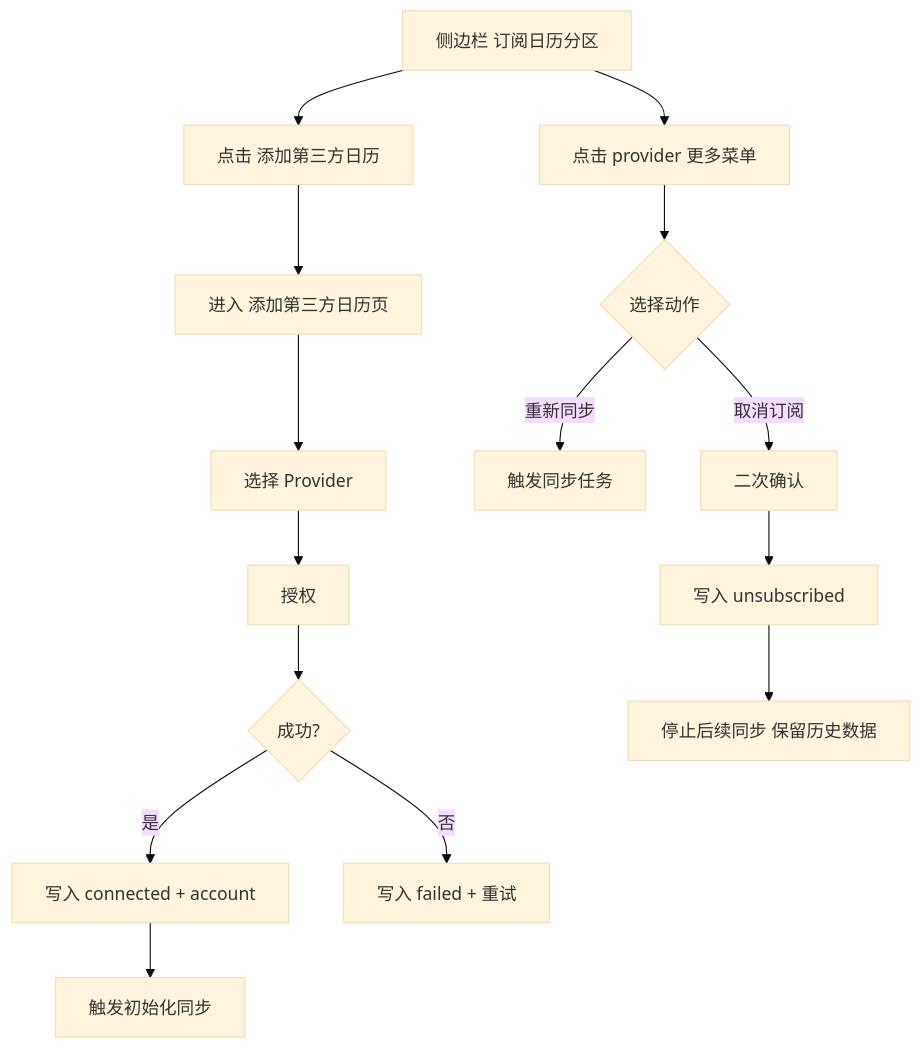
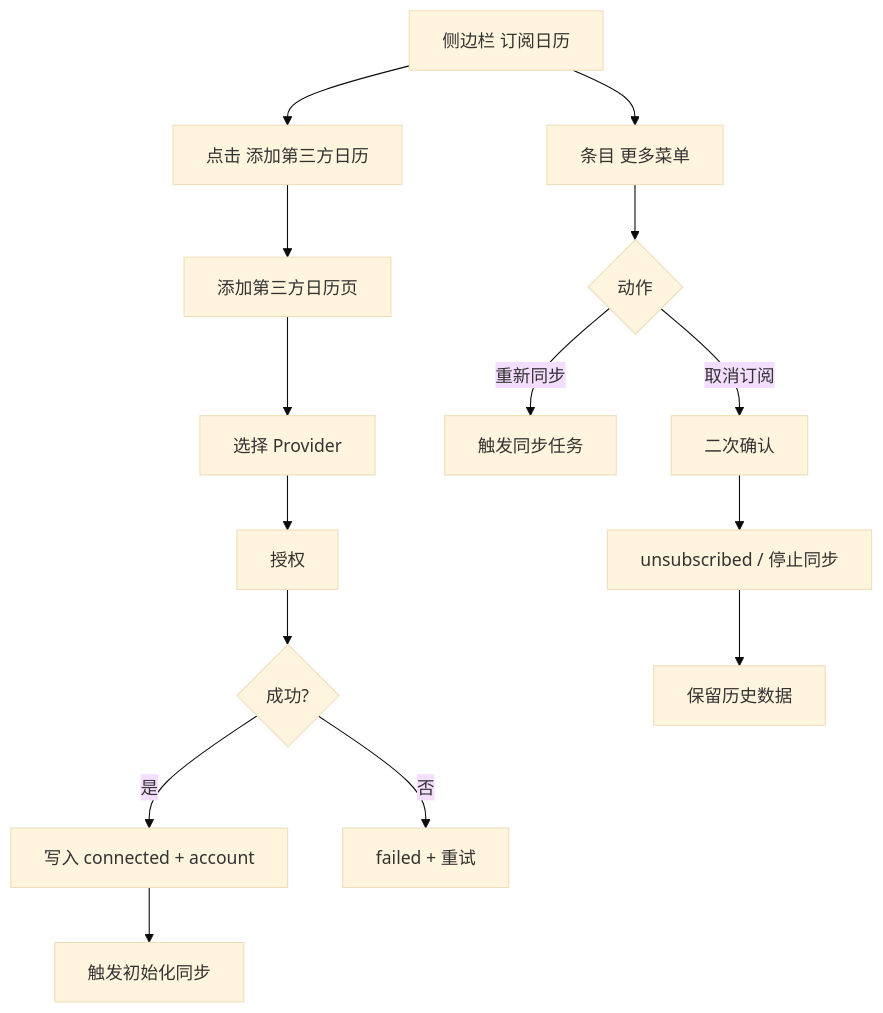
Before and after one commit to IgniteTheSpark/bizcard: the second of 2 diagrams in bizcard-3.0-phase2/PRD_CALENDAR_INTEGRATION_ENTRY_AND_MANAGEMENT.md, drawn with Mermaid (base theme). The commit also changed other lines of this file and 6 other files, not shown here.

````diff
--- a/bizcard-3.0-phase2/PRD_CALENDAR_INTEGRATION_ENTRY_AND_MANAGEMENT.md
+++ b/bizcard-3.0-phase2/PRD_CALENDAR_INTEGRATION_ENTRY_AND_MANAGEMENT.md
@@ -161,18 +96,18 @@
 ```mermaid
 flowchart TD
-  A[侧边栏 订阅日历分区] --> B[点击 添加第三方日历]
-  B --> C[进入 添加第三方日历页]
+  A[侧边栏 订阅日历] --> B[点击 添加第三方日历]
+  B --> C[添加第三方日历页]
   C --> D[选择 Provider]
   D --> E[授权]
   E --> F{成功?}
   F -->|是| G[写入 connected + account]
   G --> H[触发初始化同步]
-  F -->|否| I[写入 failed + 重试]
+  F -->|否| I[failed + 重试]
 
-  A --> J[点击 provider 更多菜单]
-  J --> K{选择动作}
+  A --> J[条目 更多菜单]
+  J --> K{动作}
   K -->|重新同步| L[触发同步任务]
   K -->|取消订阅| M[二次确认]
-  M --> N[写入 unsubscribed]
-  N --> O[停止后续同步 保留历史数据]
+  M --> N[unsubscribed / 停止同步]
+  N --> O[保留历史数据]
 ```
````
